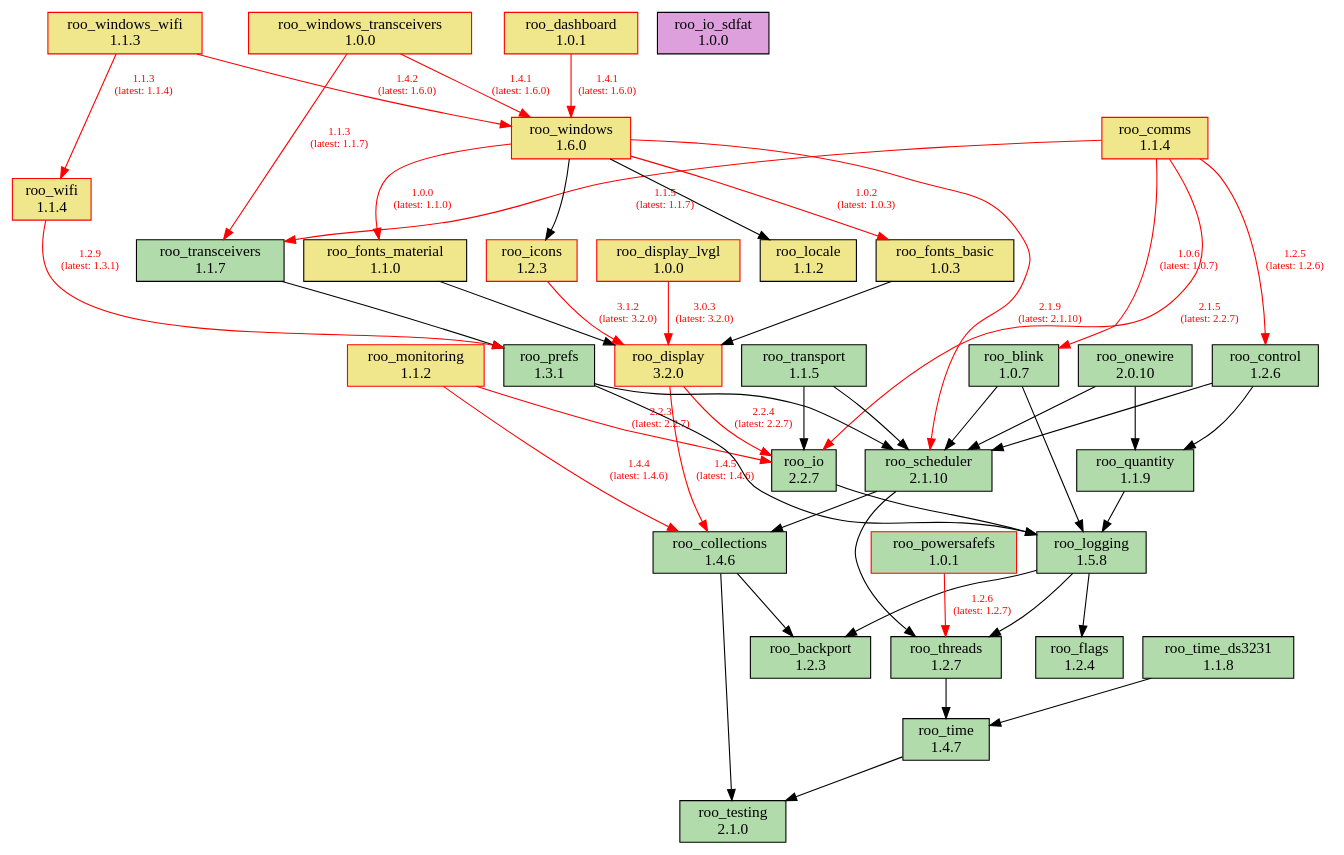
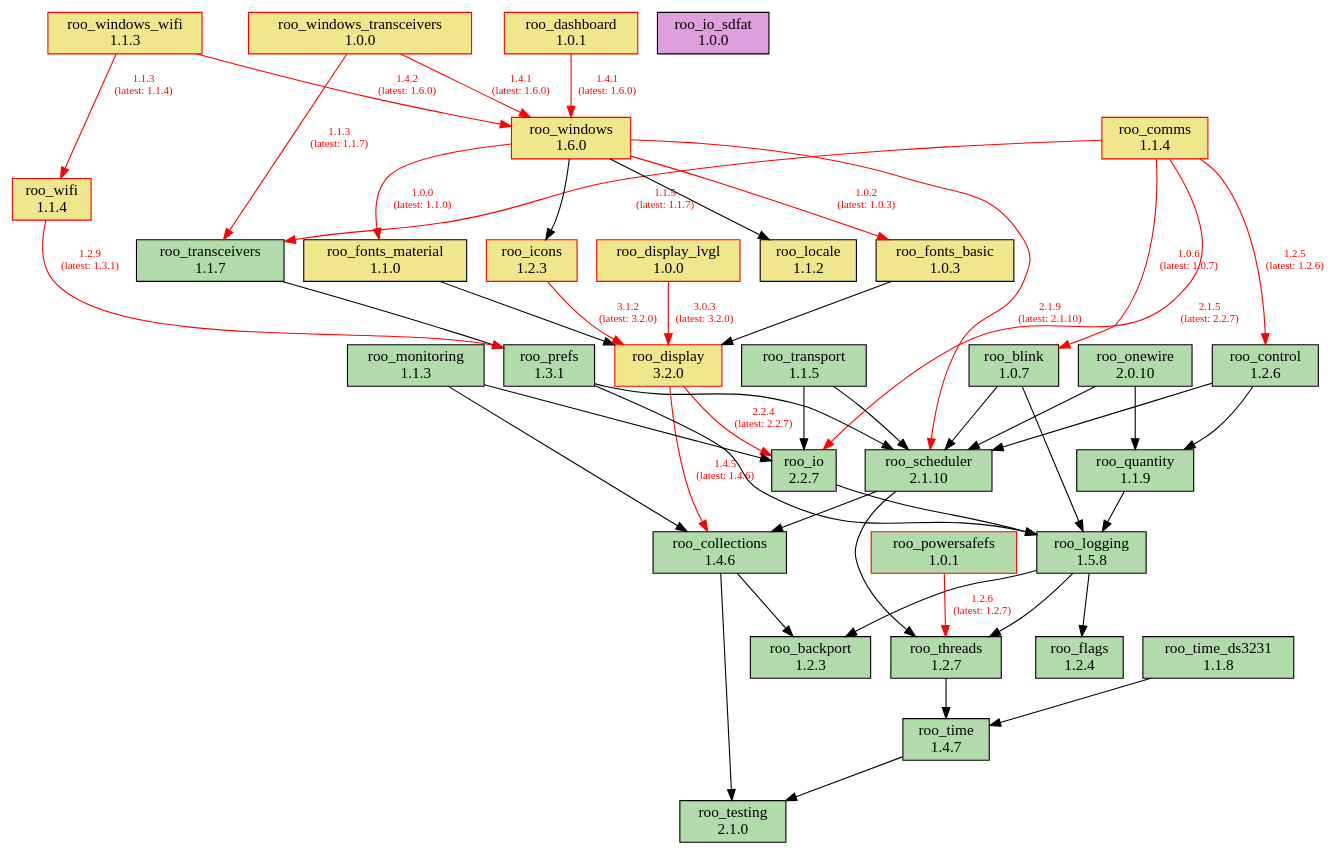
The diagram in doc/dependencies.dot (dejwk/roo-registry), drawn with Graphviz before and after one commit. The commit also changed 3 other files, not shown here.

Commit message:
Added roo_monitoring 1.1.3 to the registry.

```diff
--- a/doc/dependencies.dot
+++ b/doc/dependencies.dot
@@ -1,88 +1,88 @@
 digraph dependencies {
     rankdir=TB;
     node [shape=box, style=filled];
     edge [fontsize=10];
 
     // Modules
     "roo_backport" [label="roo_backport\n1.2.3", fillcolor="#b1dbab", color="black"];
     "roo_blink" [label="roo_blink\n1.0.7", fillcolor="#b1dbab", color="black"];
     "roo_collections" [label="roo_collections\n1.4.6", fillcolor="#b1dbab", color="black"];
     "roo_comms" [label="roo_comms\n1.1.4", fillcolor="khaki", color="red"];
     "roo_control" [label="roo_control\n1.2.6", fillcolor="#b1dbab", color="black"];
     "roo_dashboard" [label="roo_dashboard\n1.0.1", fillcolor="khaki", color="red"];
     "roo_display" [label="roo_display\n3.2.0", fillcolor="khaki", color="red"];
     "roo_display_lvgl" [label="roo_display_lvgl\n1.0.0", fillcolor="khaki", color="red"];
     "roo_flags" [label="roo_flags\n1.2.4", fillcolor="#b1dbab", color="black"];
     "roo_fonts_basic" [label="roo_fonts_basic\n1.0.3", fillcolor="khaki", color="black"];
     "roo_fonts_material" [label="roo_fonts_material\n1.1.0", fillcolor="khaki", color="black"];
     "roo_icons" [label="roo_icons\n1.2.3", fillcolor="khaki", color="red"];
     "roo_io" [label="roo_io\n2.2.7", fillcolor="#b1dbab", color="black"];
     "roo_io_sdfat" [label="roo_io_sdfat\n1.0.0", fillcolor="plum", color="black"];
     "roo_locale" [label="roo_locale\n1.1.2", fillcolor="khaki", color="black"];
     "roo_logging" [label="roo_logging\n1.5.8", fillcolor="#b1dbab", color="black"];
-    "roo_monitoring" [label="roo_monitoring\n1.1.2", fillcolor="khaki", color="red"];
+    "roo_monitoring" [label="roo_monitoring\n1.1.3", fillcolor="#b1dbab", color="black"];
     "roo_onewire" [label="roo_onewire\n2.0.10", fillcolor="#b1dbab", color="black"];
     "roo_powersafefs" [label="roo_powersafefs\n1.0.1", fillcolor="#b1dbab", color="red"];
     "roo_prefs" [label="roo_prefs\n1.3.1", fillcolor="#b1dbab", color="black"];
     "roo_quantity" [label="roo_quantity\n1.1.9", fillcolor="#b1dbab", color="black"];
     "roo_scheduler" [label="roo_scheduler\n2.1.10", fillcolor="#b1dbab", color="black"];
     "roo_testing" [label="roo_testing\n2.1.0", fillcolor="#b1dbab", color="black"];
     "roo_threads" [label="roo_threads\n1.2.7", fillcolor="#b1dbab", color="black"];
     "roo_time" [label="roo_time\n1.4.7", fillcolor="#b1dbab", color="black"];
     "roo_time_ds3231" [label="roo_time_ds3231\n1.1.8", fillcolor="#b1dbab", color="black"];
     "roo_transceivers" [label="roo_transceivers\n1.1.7", fillcolor="#b1dbab", color="black"];
     "roo_transport" [label="roo_transport\n1.1.5", fillcolor="#b1dbab", color="black"];
     "roo_wifi" [label="roo_wifi\n1.1.4", fillcolor="khaki", color="red"];
     "roo_windows" [label="roo_windows\n1.6.0", fillcolor="khaki", color="red"];
     "roo_windows_transceivers" [label="roo_windows_transceivers\n1.0.0", fillcolor="khaki", color="red"];
     "roo_windows_wifi" [label="roo_windows_wifi\n1.1.3", fillcolor="khaki", color="red"];
 
     // Dependencies
     "roo_blink" -> "roo_logging";
     "roo_blink" -> "roo_scheduler";
     "roo_collections" -> "roo_testing";
     "roo_collections" -> "roo_backport";
     "roo_comms" -> "roo_blink" [color=red, fontcolor=red, label="1.0.6\n(latest: 1.0.7)"];
     "roo_comms" -> "roo_control" [color=red, fontcolor=red, label="1.2.5\n(latest: 1.2.6)"];
     "roo_comms" -> "roo_io" [color=red, fontcolor=red, label="2.1.5\n(latest: 2.2.7)"];
     "roo_comms" -> "roo_transceivers" [color=red, fontcolor=red, label="1.1.5\n(latest: 1.1.7)"];
     "roo_control" -> "roo_quantity";
     "roo_control" -> "roo_scheduler";
     "roo_dashboard" -> "roo_windows" [color=red, fontcolor=red, label="1.4.1\n(latest: 1.6.0)"];
     "roo_display" -> "roo_collections" [color=red, fontcolor=red, label="1.4.5\n(latest: 1.4.6)"];
     "roo_display" -> "roo_io" [color=red, fontcolor=red, label="2.2.4\n(latest: 2.2.7)"];
     "roo_display_lvgl" -> "roo_display" [color=red, fontcolor=red, label="3.0.3\n(latest: 3.2.0)"];
     "roo_fonts_basic" -> "roo_display";
     "roo_fonts_material" -> "roo_display";
     "roo_icons" -> "roo_display" [color=red, fontcolor=red, label="3.1.2\n(latest: 3.2.0)"];
     "roo_io" -> "roo_logging";
     "roo_logging" -> "roo_backport";
     "roo_logging" -> "roo_flags";
     "roo_logging" -> "roo_threads";
-    "roo_monitoring" -> "roo_collections" [color=red, fontcolor=red, label="1.4.4\n(latest: 1.4.6)"];
-    "roo_monitoring" -> "roo_io" [color=red, fontcolor=red, label="2.2.3\n(latest: 2.2.7)"];
+    "roo_monitoring" -> "roo_collections";
+    "roo_monitoring" -> "roo_io";
     "roo_onewire" -> "roo_scheduler";
     "roo_onewire" -> "roo_quantity";
     "roo_powersafefs" -> "roo_threads" [color=red, fontcolor=red, label="1.2.6\n(latest: 1.2.7)"];
     "roo_prefs" -> "roo_logging";
     "roo_prefs" -> "roo_scheduler";
     "roo_quantity" -> "roo_logging";
     "roo_scheduler" -> "roo_collections";
     "roo_scheduler" -> "roo_threads";
     "roo_threads" -> "roo_time";
     "roo_time" -> "roo_testing";
     "roo_time_ds3231" -> "roo_time";
     "roo_transceivers" -> "roo_prefs";
     "roo_transport" -> "roo_io";
     "roo_transport" -> "roo_scheduler";
     "roo_wifi" -> "roo_prefs" [color=red, fontcolor=red, label="1.2.9\n(latest: 1.3.1)"];
     "roo_windows" -> "roo_fonts_basic" [color=red, fontcolor=red, label="1.0.2\n(latest: 1.0.3)"];
     "roo_windows" -> "roo_fonts_material" [color=red, fontcolor=red, label="1.0.0\n(latest: 1.1.0)"];
     "roo_windows" -> "roo_locale";
     "roo_windows" -> "roo_icons";
     "roo_windows" -> "roo_scheduler" [color=red, fontcolor=red, label="2.1.9\n(latest: 2.1.10)"];
     "roo_windows_transceivers" -> "roo_transceivers" [color=red, fontcolor=red, label="1.1.3\n(latest: 1.1.7)"];
     "roo_windows_transceivers" -> "roo_windows" [color=red, fontcolor=red, label="1.4.1\n(latest: 1.6.0)"];
     "roo_windows_wifi" -> "roo_wifi" [color=red, fontcolor=red, label="1.1.3\n(latest: 1.1.4)"];
     "roo_windows_wifi" -> "roo_windows" [color=red, fontcolor=red, label="1.4.2\n(latest: 1.6.0)"];
 }
```
